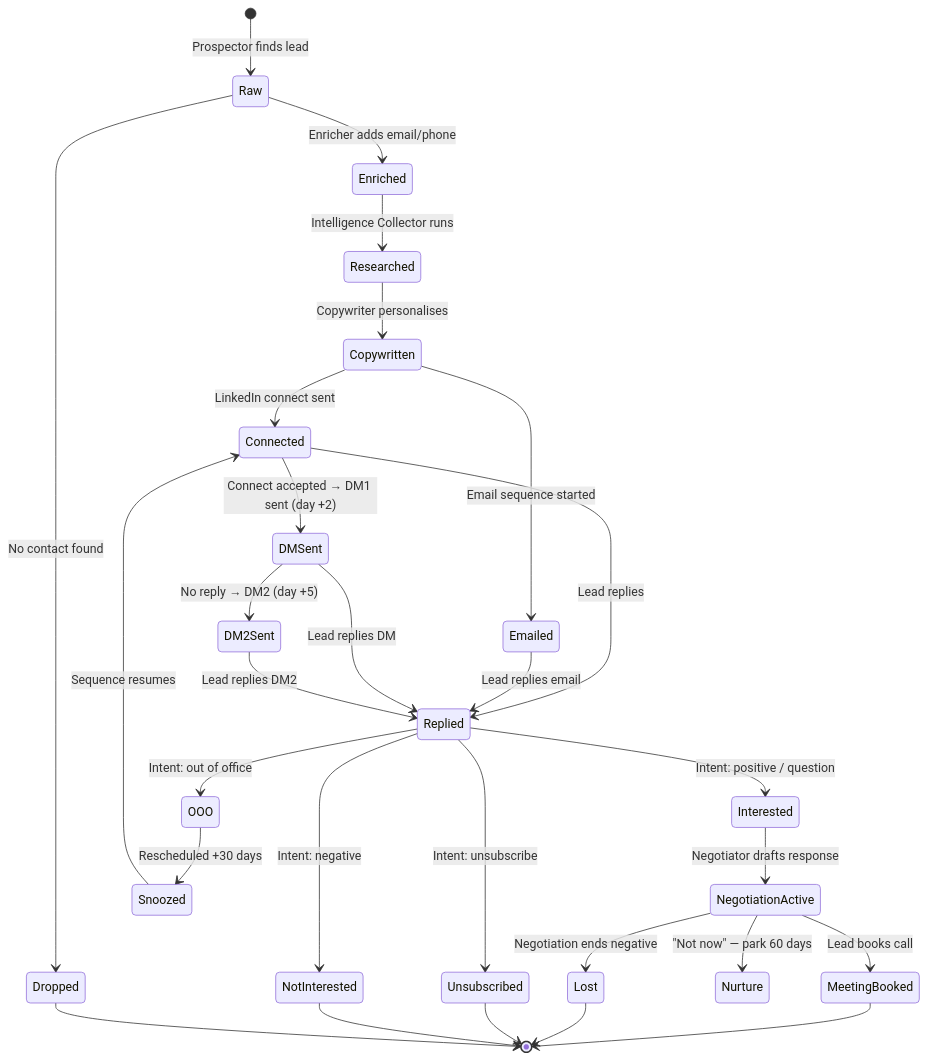
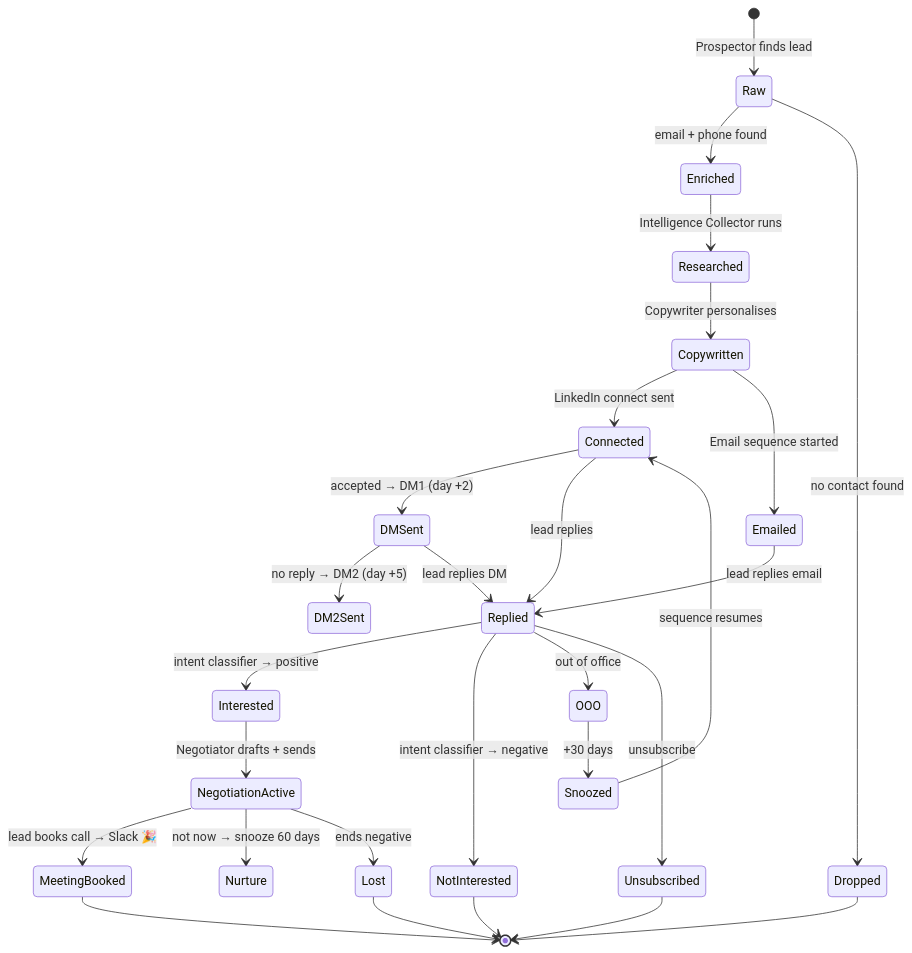
The fifth of 5 diagrams in docs/AGENTIC-SYSTEM.md (Nibalee/YALC-the-GTM-operating-system), drawn with Mermaid before and after one commit. The commit also changed other lines of this file and 2 other files, not shown here.

Commit message:
add Slack/Discord notifications, scheduled triggers, and 24/7 reply architecture

````diff
--- a/docs/AGENTIC-SYSTEM.md
+++ b/docs/AGENTIC-SYSTEM.md
@@ -388,40 +522,38 @@
 ```mermaid
 stateDiagram-v2
     [*] --> Raw: Prospector finds lead
-
-    Raw --> Enriched: Enricher adds email/phone
-    Raw --> Dropped: No contact found
+    Raw --> Enriched: email + phone found
+    Raw --> Dropped: no contact found
 
     Enriched --> Researched: Intelligence Collector runs
     Researched --> Copywritten: Copywriter personalises
 
     Copywritten --> Connected: LinkedIn connect sent
     Copywritten --> Emailed: Email sequence started
 
-    Connected --> DMSent: Connect accepted → DM1 sent (day +2)
-    DMSent --> DM2Sent: No reply → DM2 (day +5)
+    Connected --> DMSent: accepted → DM1 (day +2)
+    DMSent --> DM2Sent: no reply → DM2 (day +5)
 
-    Connected --> Replied: Lead replies
-    Emailed --> Replied: Lead replies email
-    DMSent --> Replied: Lead replies DM
-    DM2Sent --> Replied: Lead replies DM2
+    Connected --> Replied: lead replies
+    Emailed --> Replied: lead replies email
+    DMSent --> Replied: lead replies DM
 
-    Replied --> Interested: Intent: positive / question
-    Replied --> NotInterested: Intent: negative
-    Replied --> OOO: Intent: out of office
-    Replied --> Unsubscribed: Intent: unsubscribe
+    Replied --> Interested: intent classifier → positive
+    Replied --> NotInterested: intent classifier → negative
+    Replied --> OOO: out of office
+    Replied --> Unsubscribed: unsubscribe
 
-    Interested --> NegotiationActive: Negotiator drafts response
-    NegotiationActive --> MeetingBooked: Lead books call
-    NegotiationActive --> Nurture: "Not now" — park 60 days
-    NegotiationActive --> Lost: Negotiation ends negative
+    Interested --> NegotiationActive: Negotiator drafts + sends
+    NegotiationActive --> MeetingBooked: lead books call → Slack 🎉
+    NegotiationActive --> Nurture: not now → snooze 60 days
+    NegotiationActive --> Lost: ends negative
 
-    OOO --> Snoozed: Rescheduled +30 days
-    Snoozed --> Connected: Sequence resumes
+    OOO --> Snoozed: +30 days
+    Snoozed --> Connected: sequence resumes
 
     MeetingBooked --> [*]
     Lost --> [*]
     Unsubscribed --> [*]
     NotInterested --> [*]
     Dropped --> [*]
 ```
````
